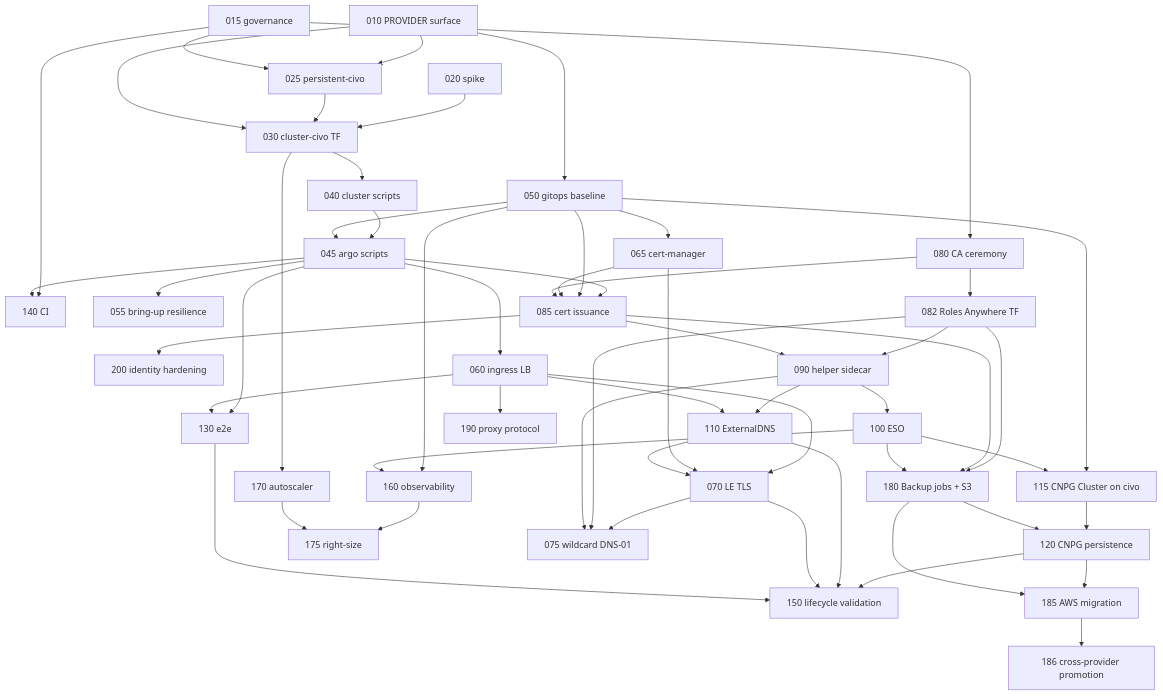
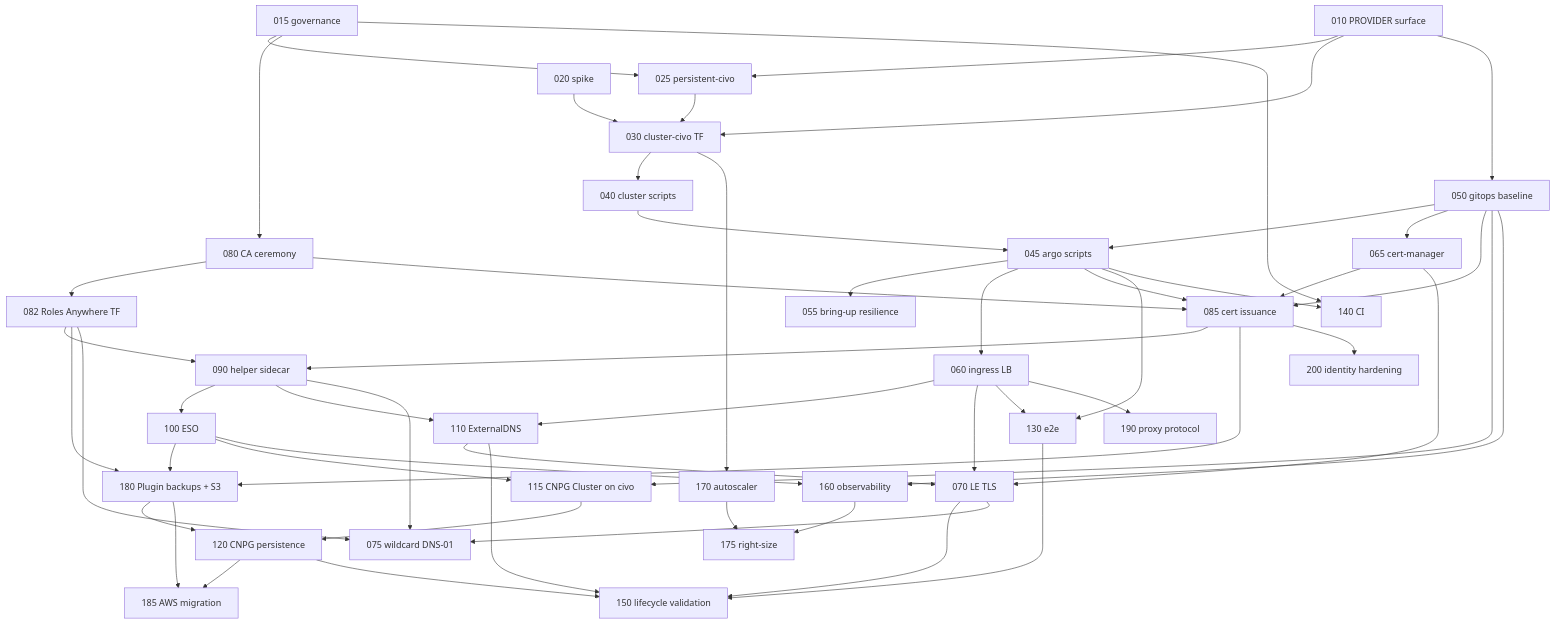
Before and after one commit to savak1990/vk-lab-platform: the diagram in specs/civo/roadmap.md, drawn with Mermaid. The commit also changed other lines of this file and 7 other files, not shown here.

````diff
--- a/specs/civo/roadmap.md
+++ b/specs/civo/roadmap.md
@@ -13,57 +13,56 @@
 ```mermaid
 flowchart TD
   010[010 PROVIDER surface] --> 025[025 persistent-civo]
   015[015 governance] --> 025
   015 --> 080[080 CA ceremony]
   015 --> 140[140 CI]
   020[020 spike] --> 030[030 cluster-civo TF]
   025 --> 030
   010 --> 030
   010 --> 050[050 gitops baseline]
   030 --> 040[040 cluster scripts]
   030 --> 170[170 autoscaler]
   040 --> 045[045 argo scripts]
   050 --> 045
   045 --> 055[055 bring-up resilience]
   045 --> 060[060 ingress LB]
   050 --> 065[065 cert-manager]
   080 --> 082[082 Roles Anywhere TF]
   045 --> 085[085 cert issuance]
   050 --> 085
   065 --> 085
   080 --> 085
   082 --> 090[090 helper sidecar]
   085 --> 090
   090 --> 100[100 ESO]
   090 --> 110[110 ExternalDNS]
   060 --> 110
   060 --> 070[070 LE TLS]
   065 --> 070
   110 --> 070
-  082 --> 180[180 Backup jobs + S3]
+  082 --> 180[180 Plugin backups + S3]
   085 --> 180
   100 --> 180
   050 --> 115[115 CNPG Cluster on civo]
   100 --> 115
   115 --> 120[120 CNPG persistence]
   180 --> 120
   120 --> 185[185 AWS migration]
   180 --> 185
-  185 --> 186[186 cross-provider promotion]
   045 --> 130[130 e2e]
   060 --> 130
   045 --> 140
   050 --> 160[160 observability]
   100 --> 160
   120 --> 150[150 lifecycle validation]
   110 --> 150
   070 --> 150
   070 --> 075[075 wildcard DNS-01]
   082 --> 075
   090 --> 075
   130 --> 150
   160 --> 175[175 right-size]
   170 --> 175
   060 --> 190[190 proxy protocol]
   085 --> 200[200 identity hardening]
 ```
````
